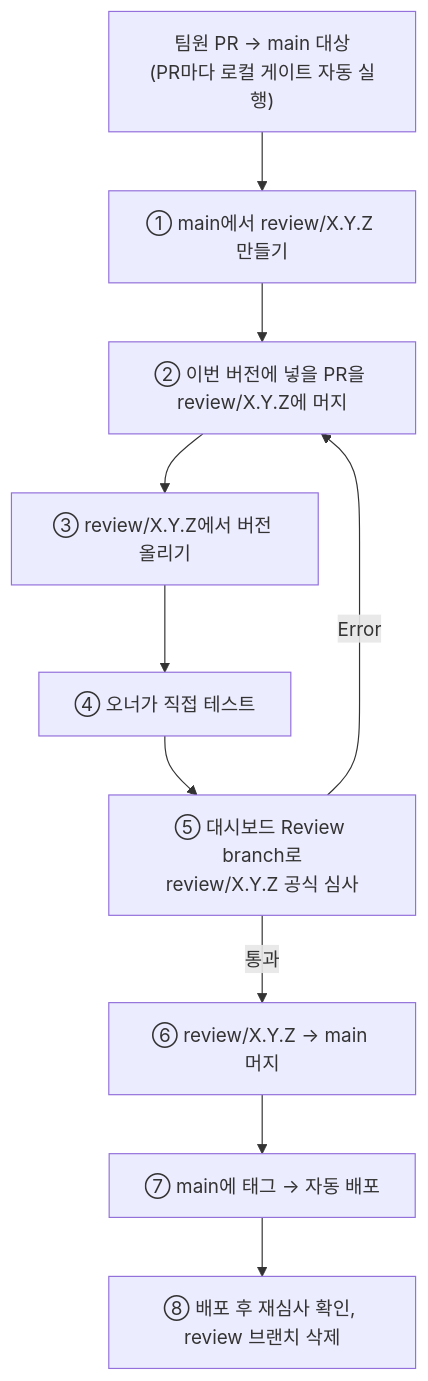
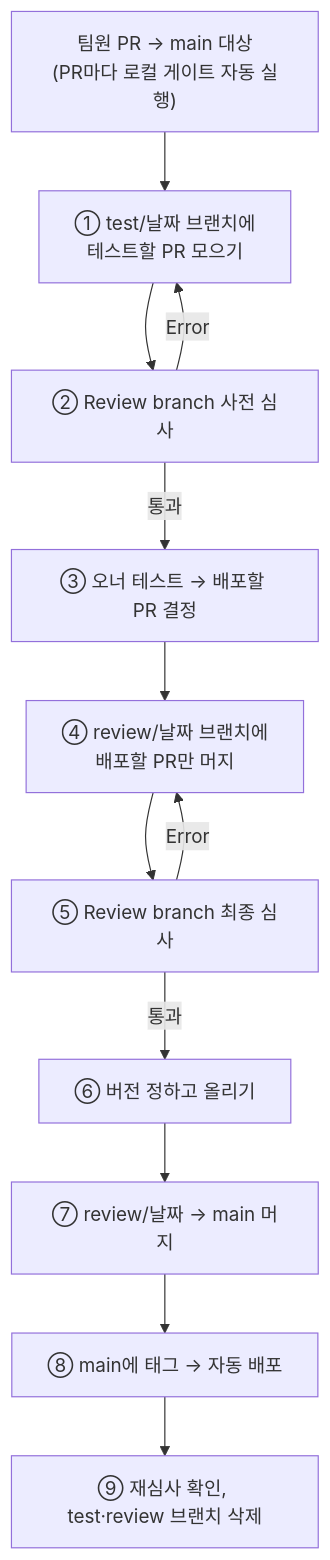
Before and after one commit to CMDSPACE-DEV/CMDS-Achmage: the first of 3 diagrams in docs/obsidian-community-review_user-kr.md, drawn with Mermaid. The commit also changed other lines of this file and 1 other file, not shown here.

Commit message:
docs: owner-test branch with pre-check scan, then final review scan, then version and main

````diff
--- a/docs/obsidian-community-review_user-kr.md
+++ b/docs/obsidian-community-review_user-kr.md
@@ -11,12 +11,14 @@
 ```mermaid
 flowchart TD
-    A["팀원 PR → main 대상<br/>(PR마다 로컬 게이트 자동 실행)"] --> B["① main에서 review/X.Y.Z 만들기"]
-    B --> C["② 이번 버전에 넣을 PR을 review/X.Y.Z에 머지"]
-    C --> D["③ review/X.Y.Z에서 버전 올리기"]
-    D --> E["④ 오너가 직접 테스트"]
-    E --> F["⑤ 대시보드 Review branch로<br/>review/X.Y.Z 공식 심사"]
-    F -->|Error| C
-    F -->|통과| G["⑥ review/X.Y.Z → main 머지"]
-    G --> H["⑦ main에 태그 → 자동 배포"]
-    H --> I["⑧ 배포 후 재심사 확인, review 브랜치 삭제"]
+    A["팀원 PR → main 대상<br/>(PR마다 로컬 게이트 자동 실행)"] --> B["① test/날짜 브랜치에<br/>테스트할 PR 모으기"]
+    B --> P["② Review branch 사전 심사"]
+    P -->|Error| B
+    P -->|통과| C["③ 오너 테스트 → 배포할 PR 결정"]
+    C --> D["④ review/날짜 브랜치에<br/>배포할 PR만 머지"]
+    D --> E["⑤ Review branch 최종 심사"]
+    E -->|Error| D
+    E -->|통과| F["⑥ 버전 정하고 올리기"]
+    F --> G["⑦ review/날짜 → main 머지"]
+    G --> H["⑧ main에 태그 → 자동 배포"]
+    H --> I["⑨ 재심사 확인, test·review 브랜치 삭제"]
 ```
````
